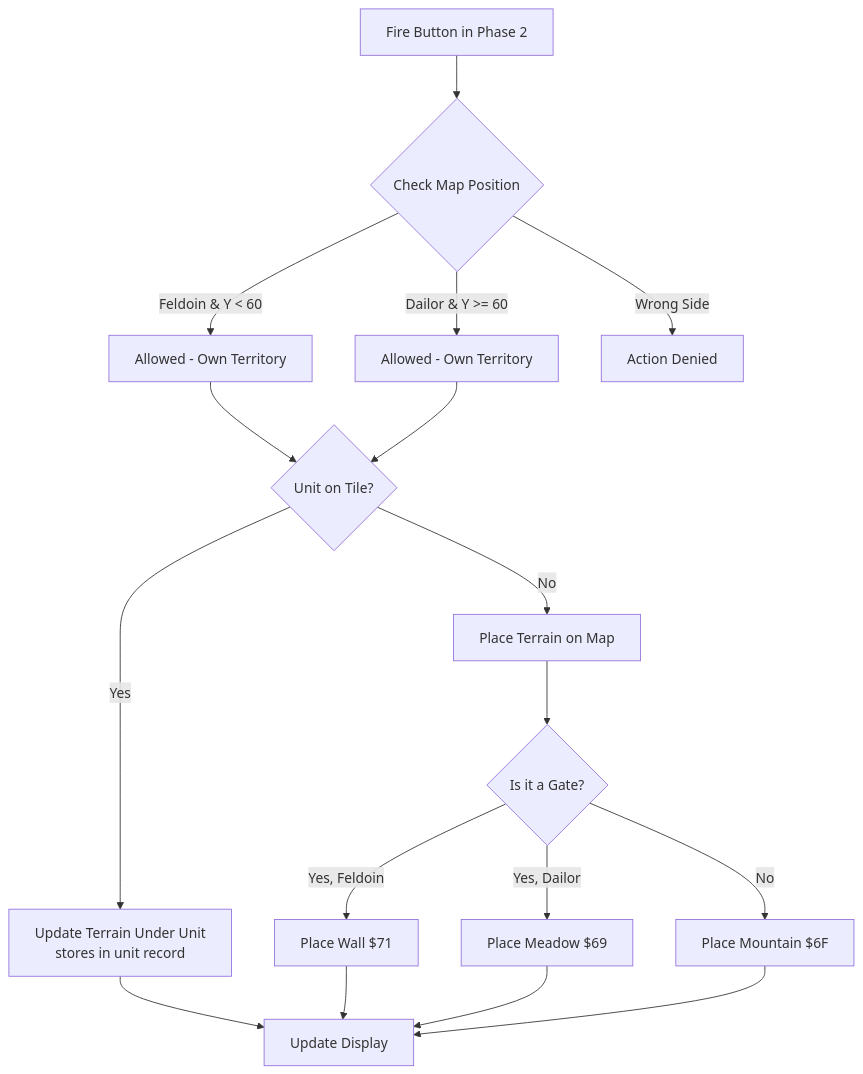
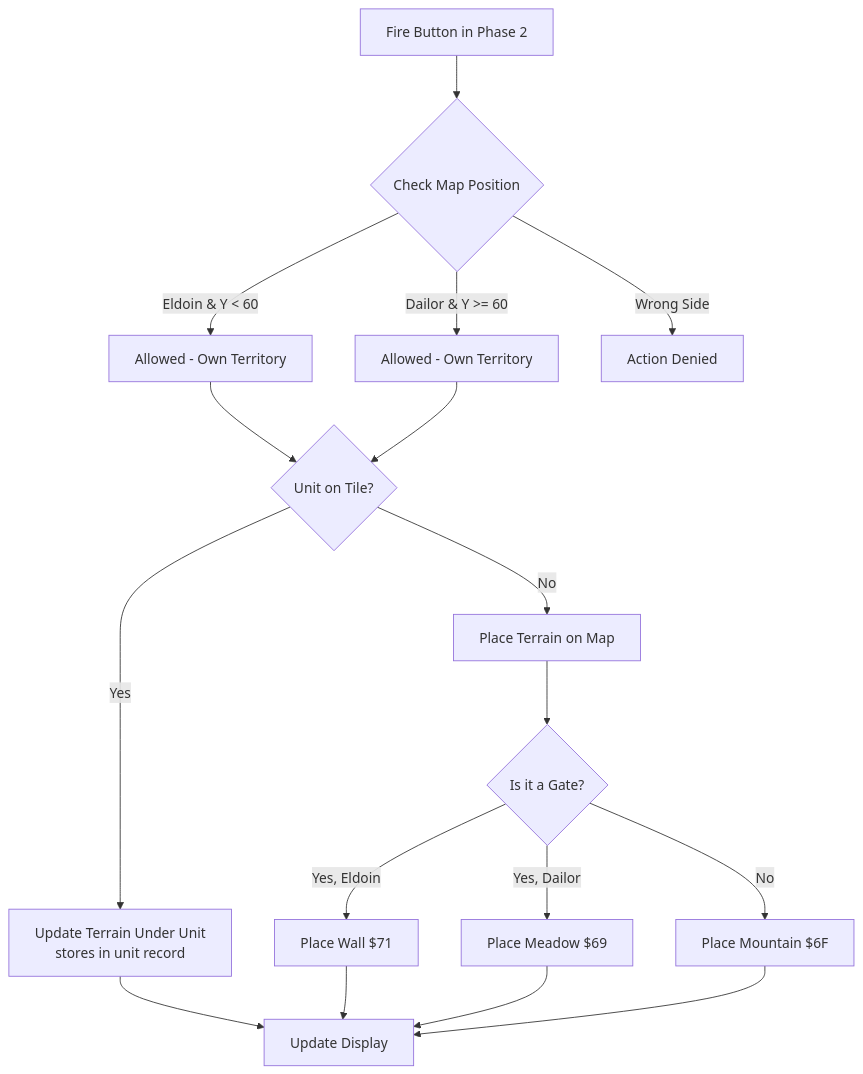
Before and after one commit to s-macke/weltendaemmerung: the third of 3 diagrams in docs/program_flow.md, drawn with Mermaid. The commit also changed other lines of this file and 13 other files, not shown here.

Commit message:
Add victory conditions, fix unit definitions and rename from FELDOIN to ELDOIN.

````diff
--- a/docs/program_flow.md
+++ b/docs/program_flow.md
@@ -141,24 +141,24 @@
 ```mermaid
 flowchart TD
     START[Fire Button in Phase 2] --> CHECKSIDE{Check Map Position}
 
-    CHECKSIDE -->|Feldoin & Y < 60| ALLOWED1[Allowed - Own Territory]
+    CHECKSIDE -->|Eldoin & Y < 60| ALLOWED1[Allowed - Own Territory]
     CHECKSIDE -->|Dailor & Y >= 60| ALLOWED2[Allowed - Own Territory]
     CHECKSIDE -->|Wrong Side| DENIED[Action Denied]
 
     ALLOWED1 --> CHECKUNIT{Unit on Tile?}
     ALLOWED2 --> CHECKUNIT
 
     CHECKUNIT -->|Yes| UPDATETERRAIN[Update Terrain Under Unit<br/>stores in unit record]
     CHECKUNIT -->|No| PLACETERRAIN[Place Terrain on Map]
 
     PLACETERRAIN --> CHECKGATE{Is it a Gate?}
-    CHECKGATE -->|Yes, Feldoin| WALL[Place Wall $71]
+    CHECKGATE -->|Yes, Eldoin| WALL[Place Wall $71]
     CHECKGATE -->|Yes, Dailor| MEADOW[Place Meadow $69]
     CHECKGATE -->|No| MOUNTAIN[Place Mountain $6F]
 
     UPDATETERRAIN --> DONE[Update Display]
     WALL --> DONE
     MEADOW --> DONE
     MOUNTAIN --> DONE
 ```
````
